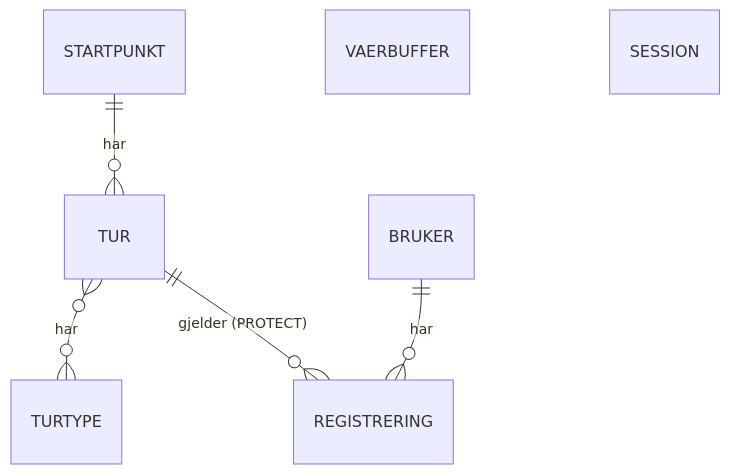
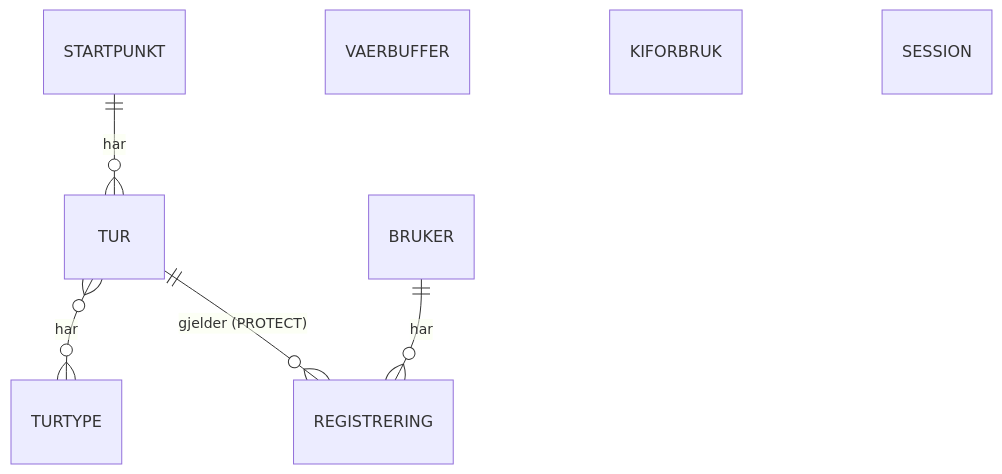
One commit to IBE160-2026/G81-eriksen changed the third of 4 diagrams in _bmad-output/planning-artifacts/architecture/architecture-G81-eriksen-2026-11-07/ARCHITECTURE-SPINE.md. Above: the diagram before and after it, drawn with Mermaid. The commit also changed other lines of this file and 2 other files, not shown here.

````diff
--- a/_bmad-output/planning-artifacts/architecture/architecture-G81-eriksen-2026-11-07/ARCHITECTURE-SPINE.md
+++ b/_bmad-output/planning-artifacts/architecture/architecture-G81-eriksen-2026-11-07/ARCHITECTURE-SPINE.md
@@ -263,9 +269,10 @@
 ```mermaid
 erDiagram
     STARTPUNKT ||--o{ TUR : "har"
     TUR }o--o{ TURTYPE : "har"
     BRUKER ||--o{ REGISTRERING : "har"
     TUR ||--o{ REGISTRERING : "gjelder (PROTECT)"
     VAERBUFFER
+    KIFORBRUK
     SESSION
 ```
````
